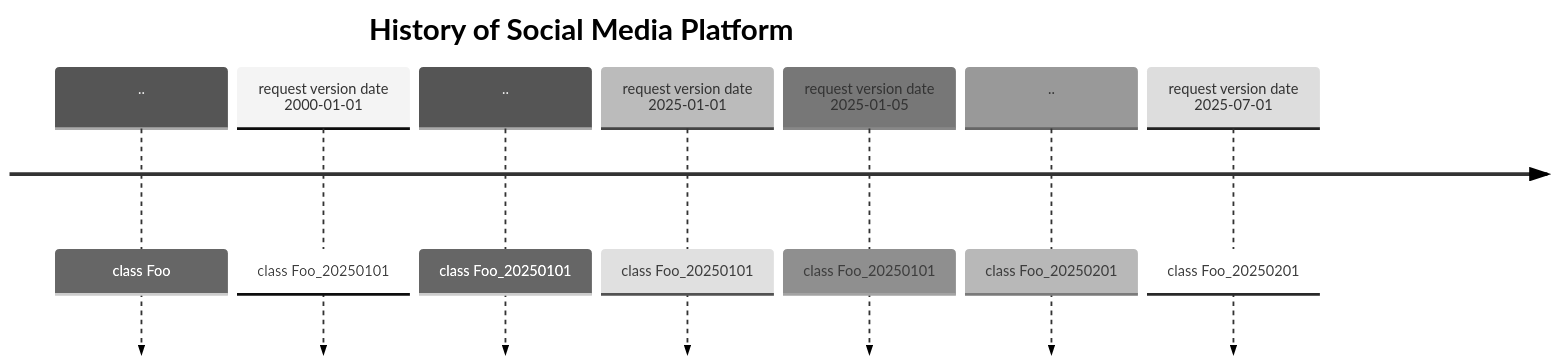
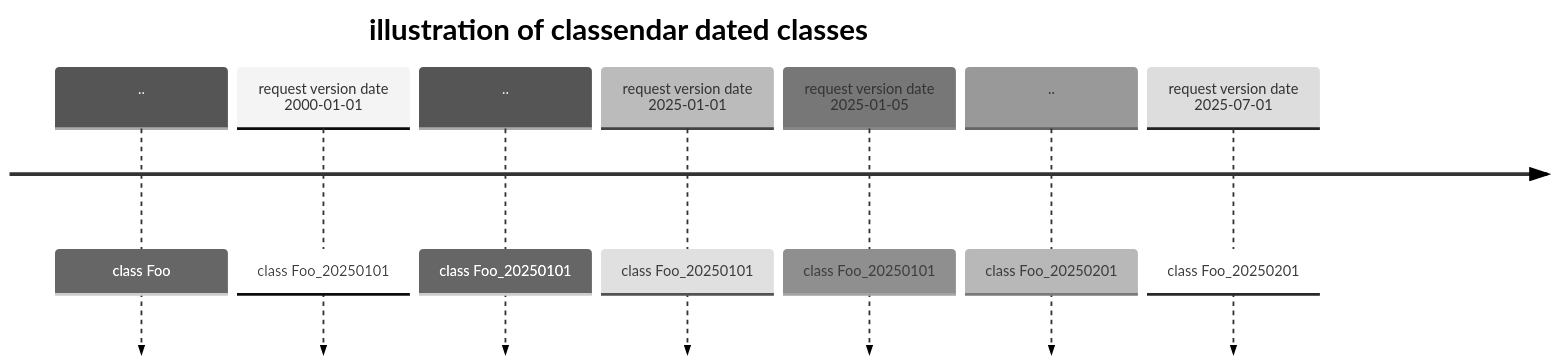
One commit to jackxxu/classendar changed the diagram in README.md. Above: the diagram before and after it, drawn with Mermaid (neutral theme).

````diff
--- a/README.md
+++ b/README.md
@@ -4,11 +4,11 @@
 ```mermaid
 timeline
-    title History of Social Media Platform
+    title illustration of classendar dated classes
     ..                     : class Foo
     request version date 2000-01-01 : class Foo_20250101
     ..                    : class Foo_20250101
     request version date 2025-01-01 : class Foo_20250101
     request version date 2025-01-05 : class Foo_20250101
     .. : class Foo_20250201
     request version date 2025-07-01 : class Foo_20250201
 ```
````
